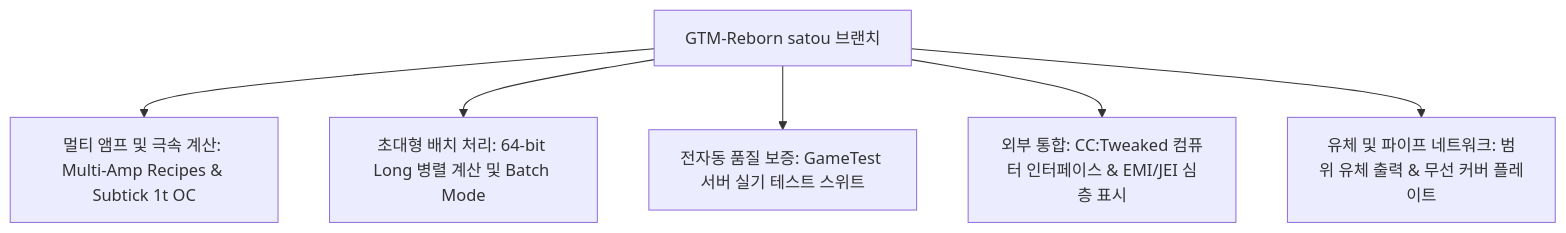
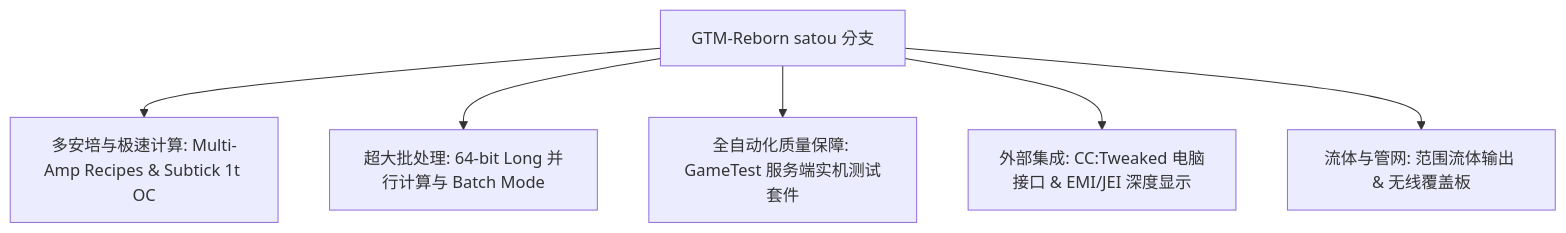
One commit to takanashisatou/GregtechEasy changed the diagram in docs/ko/gtm-reborn/index.md. Above: the diagram before and after it, drawn with Mermaid. The commit also changed other lines of this file and 144 other files, not shown here.

````diff
--- a/docs/ko/gtm-reborn/index.md
+++ b/docs/ko/gtm-reborn/index.md
@@ -11,8 +11,8 @@
 ```mermaid
 graph TD
-    A[GTM-Reborn satou 브랜치] --> B[멀티 앰프 및 극속 계산: Multi-Amp Recipes & Subtick 1t OC]
-    A --> C[초대형 배치 처리: 64-bit Long 병렬 계산 및 Batch Mode]
-    A --> D[전자동 품질 보증: GameTest 서버 실기 테스트 스위트]
-    A --> E[외부 통합: CC:Tweaked 컴퓨터 인터페이스 & EMI/JEI 심층 표시]
-    A --> F[유체 및 파이프 네트워크: 범위 유체 출력 & 무선 커버 플레이트]
+    A[GTM-Reborn satou 分支] --> B[多安培与极速计算: Multi-Amp Recipes & Subtick 1t OC]
+    A --> C[超大批处理: 64-bit Long 并行计算与 Batch Mode]
+    A --> D[全自动化质量保障: GameTest 服务端实机测试套件]
+    A --> E[外部集成: CC:Tweaked 电脑接口 & EMI/JEI 深度显示]
+    A --> F[流体与管网: 范围流体输出 & 无线覆盖板]
 ```
````
